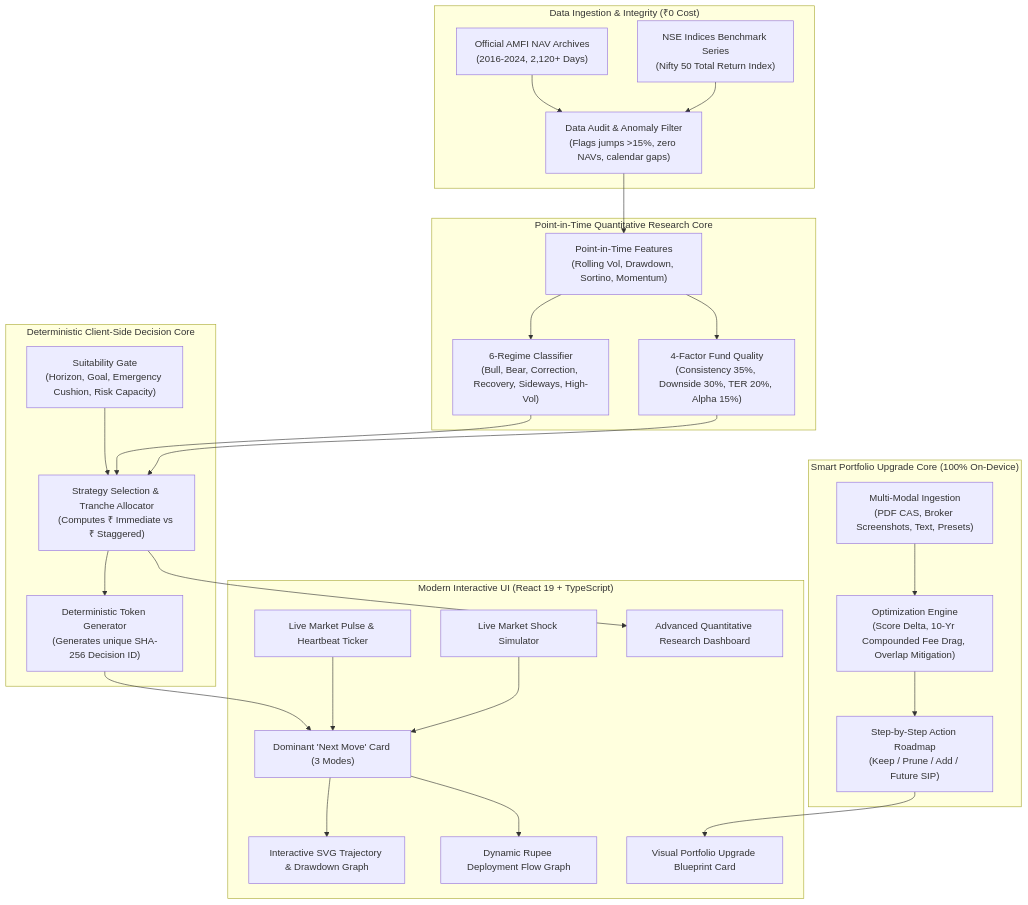
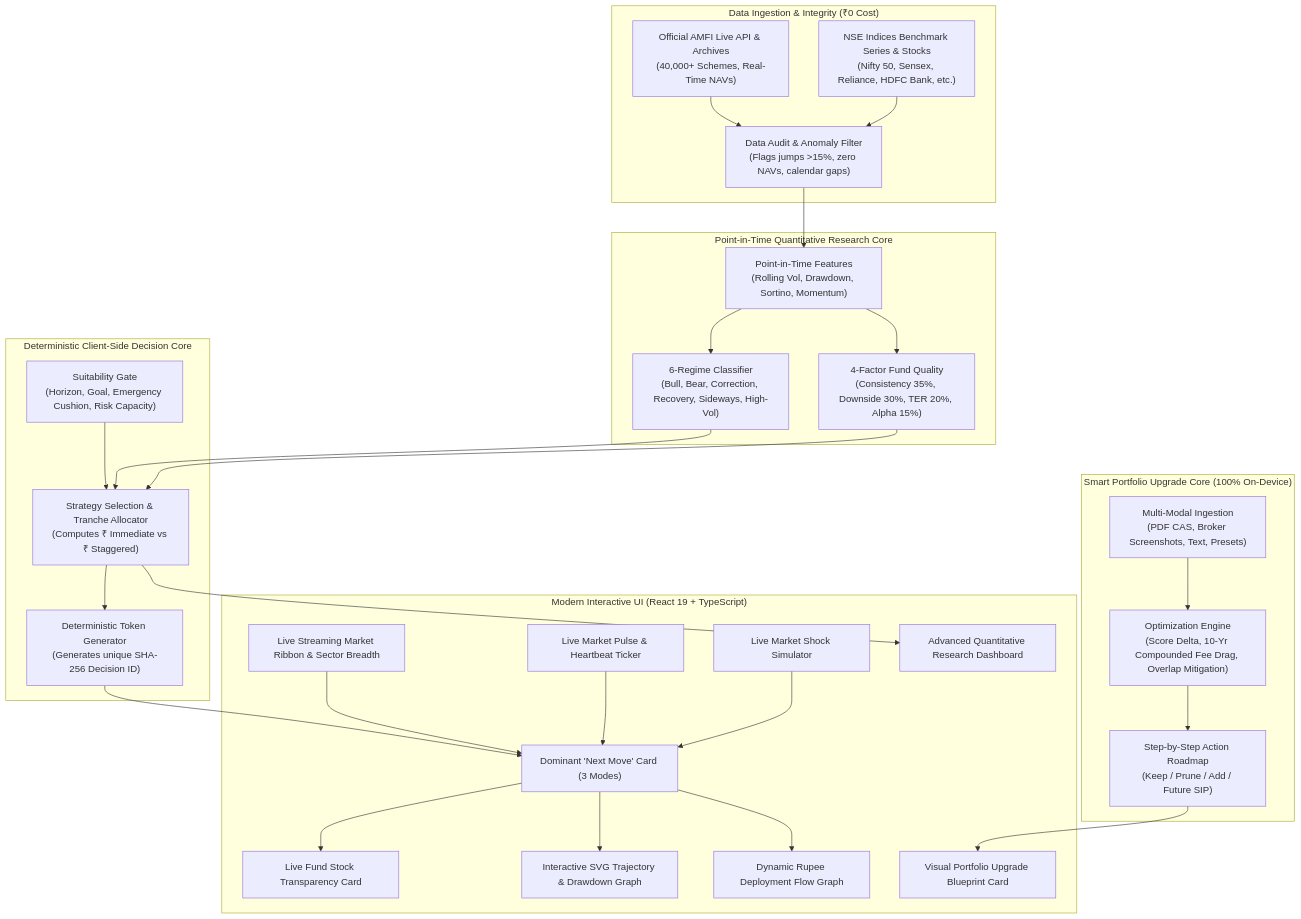
One commit to Anshuman0737/NiveshPilot changed the diagram in README.md. Above: the diagram before and after it, drawn with Mermaid. The commit also changed other lines of this file and 7 other files, not shown here.

Commit message:
feat: live AMFI mutual fund search (40,000+ schemes), live stock marquee ticker & underlying equity transparency

````diff
--- a/README.md
+++ b/README.md
@@ -48,51 +50,55 @@
 ```mermaid
 flowchart TD
     subgraph Data Layer ["Data Ingestion & Integrity (₹0 Cost)"]
-        AMFI["Official AMFI NAV Archives\n(2016-2024, 2,120+ Days)"]
-        NSE["NSE Indices Benchmark Series\n(Nifty 50 Total Return Index)"]
+        AMFI["Official AMFI Live API & Archives\n(40,000+ Schemes, Real-Time NAVs)"]
+        NSE["NSE Indices Benchmark Series & Stocks\n(Nifty 50, Sensex, Reliance, HDFC Bank, etc.)"]
         Clean["Data Audit & Anomaly Filter\n(Flags jumps >15%, zero NAVs, calendar gaps)"]
         AMFI --> Clean
         NSE --> Clean
     end
 
     subgraph Quant Engine ["Point-in-Time Quantitative Research Core"]
         PIT["Point-in-Time Features\n(Rolling Vol, Drawdown, Sortino, Momentum)"]
         Regime["6-Regime Classifier\n(Bull, Bear, Correction, Recovery, Sideways, High-Vol)"]
         Quality["4-Factor Fund Quality\n(Consistency 35%, Downside 30%, TER 20%, Alpha 15%)"]
         Clean --> PIT --> Regime
         PIT --> Quality
     end
 
     subgraph Decision Engine ["Deterministic Client-Side Decision Core"]
         Gate["Suitability Gate\n(Horizon, Goal, Emergency Cushion, Risk Capacity)"]
         Rules["Strategy Selection & Tranche Allocator\n(Computes ₹ Immediate vs ₹ Staggered)"]
         AuditToken["Deterministic Token Generator\n(Generates unique SHA-256 Decision ID)"]
         Gate --> Rules --> AuditToken
         Regime --> Rules
         Quality --> Rules
     end
 
     subgraph PortfolioEngine ["Smart Portfolio Upgrade Core (100% On-Device)"]
         Parser["Multi-Modal Ingestion\n(PDF CAS, Broker Screenshots, Text, Presets)"]
         Optimizer["Optimization Engine\n(Score Delta, 10-Yr Compounded Fee Drag, Overlap Mitigation)"]
         Blueprint["Step-by-Step Action Roadmap\n(Keep / Prune / Add / Future SIP)"]
         Parser --> Optimizer --> Blueprint
     end
 
     subgraph Presentation ["Modern Interactive UI (React 19 + TypeScript)"]
+        Ticker["Live Streaming Market Ribbon & Sector Breadth"]
         Pulse["Live Market Pulse & Heartbeat Ticker"]
         Simulator["Live Market Shock Simulator"]
         NextMove["Dominant 'Next Move' Card (3 Modes)"]
+        Holdings["Live Fund Stock Transparency Card"]
         SVGChart["Interactive SVG Trajectory & Drawdown Graph"]
         FlowGraph["Dynamic Rupee Deployment Flow Graph"]
         UpgradeCard["Visual Portfolio Upgrade Blueprint Card"]
         Research["Advanced Quantitative Research Dashboard"]
         AuditToken --> NextMove
+        Ticker --> NextMove
         Pulse --> NextMove
         Simulator --> NextMove
         NextMove --> SVGChart
         NextMove --> FlowGraph
+        NextMove --> Holdings
         Blueprint --> UpgradeCard
         Rules --> Research
     end
 ```
````
